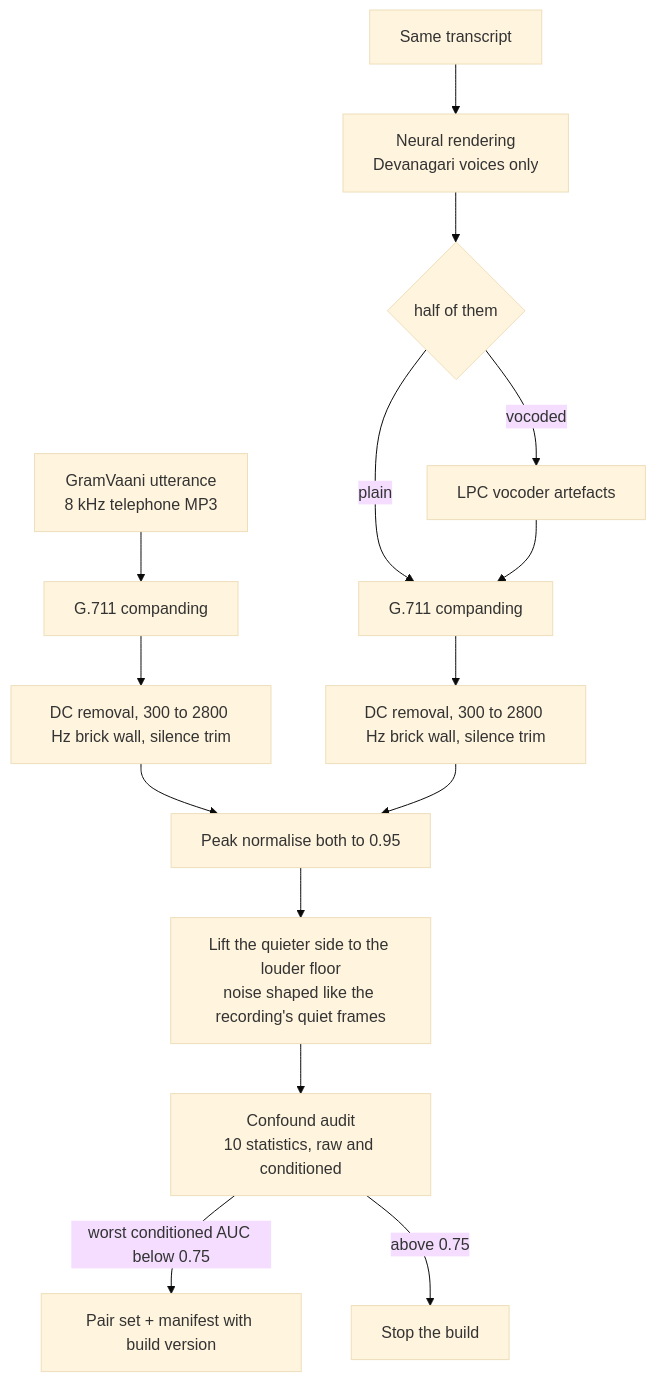
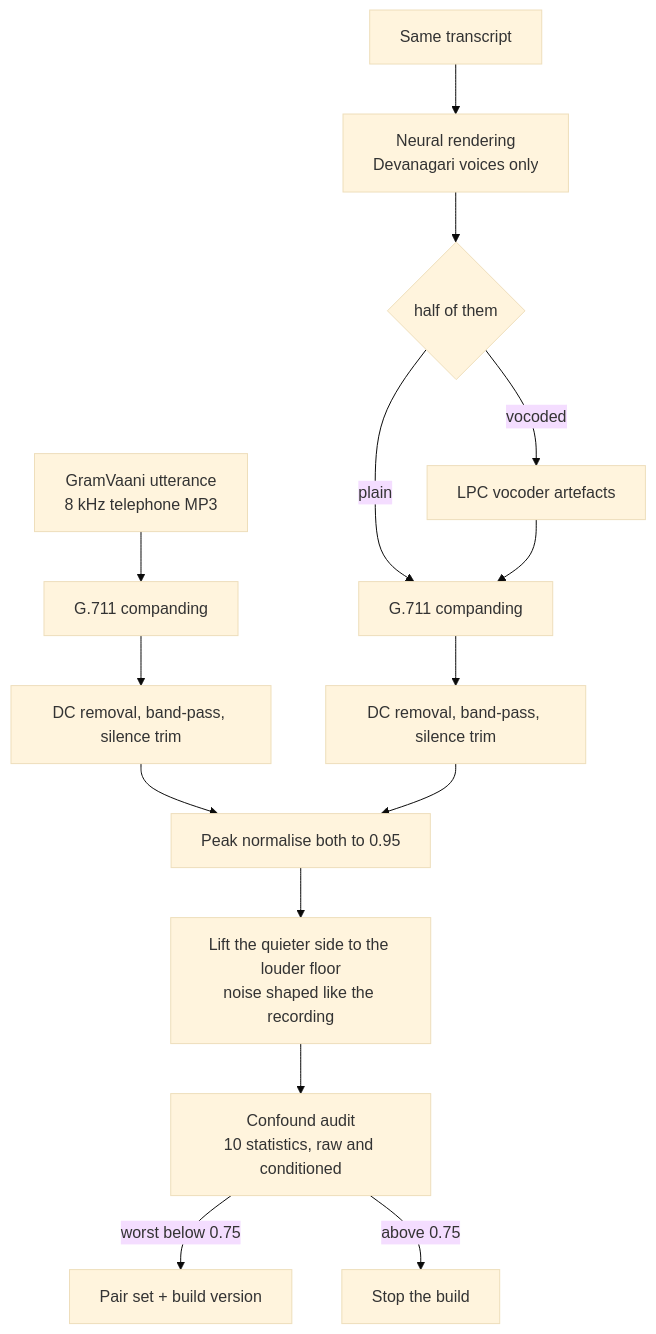
One commit to BhavyeNijhawan/svarkavach changed the first of 2 diagrams in docs/PROJECT_REPORT.md. Above: the diagram before and after it, drawn with Mermaid (base theme). The commit also changed other lines of this file and 8 other files, not shown here.

````diff
--- a/docs/PROJECT_REPORT.md
+++ b/docs/PROJECT_REPORT.md
@@ -248,16 +180,16 @@
 ```mermaid
 flowchart TD
     R[GramVaani utterance<br/>8 kHz telephone MP3] --> C1[G.711 companding]
     T[Same transcript] --> N[Neural rendering<br/>Devanagari voices only]
     N --> V{half of them}
     V -->|plain| C2[G.711 companding]
     V -->|vocoded| VO[LPC vocoder artefacts] --> C2
-    C1 --> B1[DC removal, 300 to 2800 Hz brick wall, silence trim]
-    C2 --> B2[DC removal, 300 to 2800 Hz brick wall, silence trim]
+    C1 --> B1[DC removal, band-pass, silence trim]
+    C2 --> B2[DC removal, band-pass, silence trim]
     B1 --> P[Peak normalise both to 0.95]
     B2 --> P
-    P --> M[Lift the quieter side to the louder floor<br/>noise shaped like the recording's quiet frames]
+    P --> M[Lift the quieter side to the louder floor<br/>noise shaped like the recording]
     M --> A[Confound audit<br/>10 statistics, raw and conditioned]
-    A -->|worst conditioned AUC below 0.75| S[Pair set + manifest with build version]
+    A -->|worst below 0.75| S[Pair set + build version]
     A -->|above 0.75| X[Stop the build]
 ```
````
